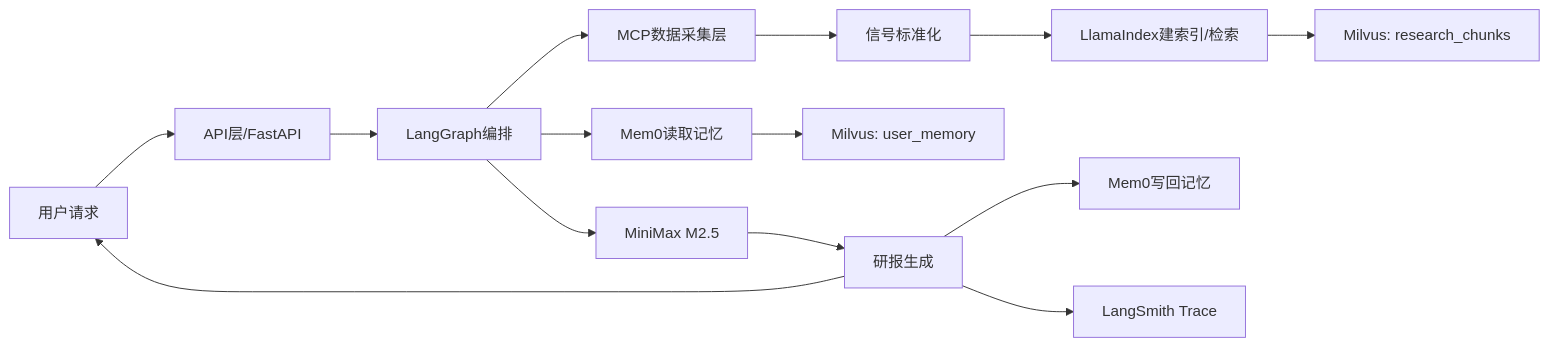
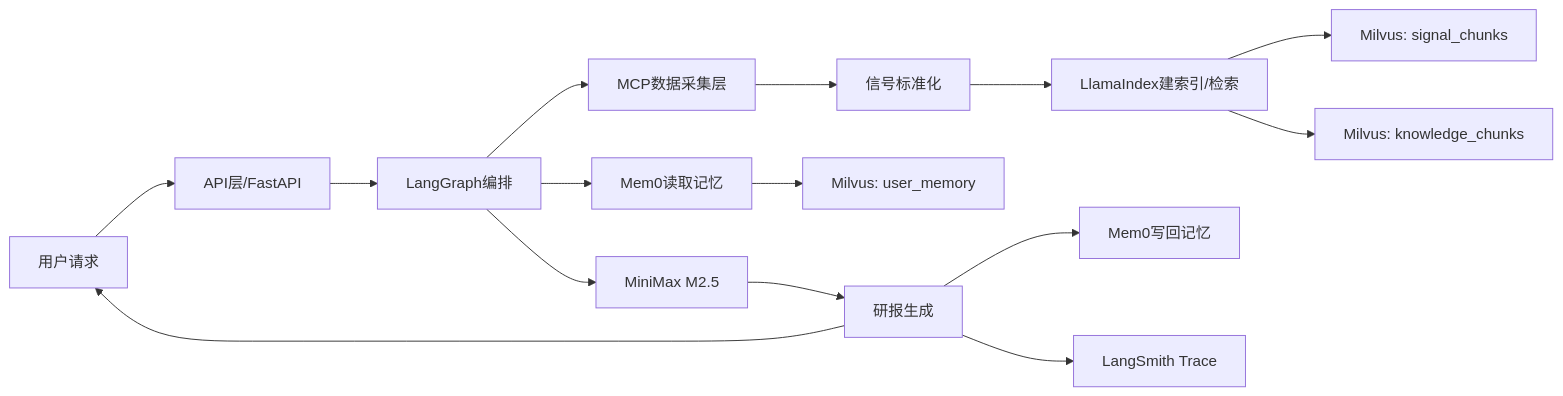
The diagram in docs/design.md (TeaBambooNGU/CryptoSignalAgent), drawn with Mermaid before and after one commit. The commit also changed other lines of this file and 26 other files, not shown here.

````diff
--- a/docs/design.md
+++ b/docs/design.md
@@ -38,16 +38,17 @@
 ```mermaid
 flowchart LR
 U["用户请求"] --> API["API层/FastAPI"]
 API --> G["LangGraph编排"]
 G --> M0R["Mem0读取记忆"]
 G --> ING["MCP数据采集层"]
 ING --> STD["信号标准化"]
 STD --> IDX["LlamaIndex建索引/检索"]
-IDX --> MILR["Milvus: research_chunks"]
+IDX --> MILS["Milvus: signal_chunks"]
+IDX --> MILK["Milvus: knowledge_chunks"]
 M0R --> MILM["Milvus: user_memory"]
 G --> LLM["MiniMax M2.5"]
 LLM --> REP["研报生成"]
 REP --> M0W["Mem0写回记忆"]
 REP --> LS["LangSmith Trace"]
 REP --> U
 ```
````
